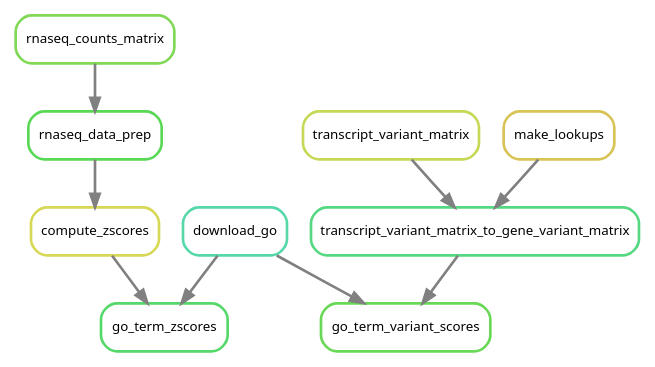
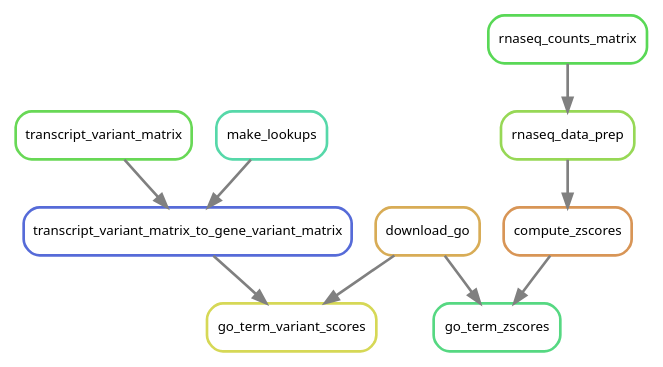
The diagram in doc/source/images/go.dot (NCBI-Hackathons/Pharmacogenomics_Prediction_Pipeline_P3), drawn with Graphviz before and after one commit. The commit also changed 29 other files, not shown here.

```diff
--- a/doc/source/images/go.dot
+++ b/doc/source/images/go.dot
@@ -1,22 +1,22 @@
 digraph snakemake_dag {
     graph[bgcolor=white, margin=0];
     node[shape=box, style=rounded, fontname=sans,                 fontsize=10, penwidth=2];
     edge[penwidth=2, color=grey];
-	0[label = "go_term_variant_scores", color = "0.31 0.6 0.85", style="rounded"];
-	1[label = "compute_zscores", color = "0.17 0.6 0.85", style="rounded"];
-	2[label = "download_go", color = "0.44 0.6 0.85", style="rounded"];
-	3[label = "rnaseq_counts_matrix", color = "0.28 0.6 0.85", style="rounded"];
-	4[label = "go_term_zscores", color = "0.36 0.6 0.85", style="rounded"];
-	5[label = "transcript_variant_matrix", color = "0.19 0.6 0.85", style="rounded"];
-	6[label = "transcript_variant_matrix_to_gene_variant_matrix", color = "0.39 0.6 0.85", style="rounded"];
-	7[label = "rnaseq_data_prep", color = "0.33 0.6 0.85", style="rounded"];
-	8[label = "make_lookups", color = "0.14 0.6 0.85", style="rounded"];
-	2 -> 0
-	6 -> 0
-	7 -> 1
-	2 -> 4
-	1 -> 4
-	5 -> 6
-	8 -> 6
-	3 -> 7
+	0[label = "transcript_variant_matrix", color = "0.31 0.6 0.85", style="rounded"];
+	1[label = "rnaseq_counts_matrix", color = "0.33 0.6 0.85", style="rounded"];
+	2[label = "go_term_variant_scores", color = "0.17 0.6 0.85", style="rounded"];
+	3[label = "rnaseq_data_prep", color = "0.25 0.6 0.85", style="rounded"];
+	4[label = "go_term_zscores", color = "0.39 0.6 0.85", style="rounded"];
+	5[label = "compute_zscores", color = "0.08 0.6 0.85", style="rounded"];
+	6[label = "make_lookups", color = "0.44 0.6 0.85", style="rounded"];
+	7[label = "transcript_variant_matrix_to_gene_variant_matrix", color = "0.64 0.6 0.85", style="rounded"];
+	8[label = "download_go", color = "0.11 0.6 0.85", style="rounded"];
+	7 -> 2
+	8 -> 2
+	1 -> 3
+	5 -> 4
+	8 -> 4
+	3 -> 5
+	0 -> 7
+	6 -> 7
 }            
```
